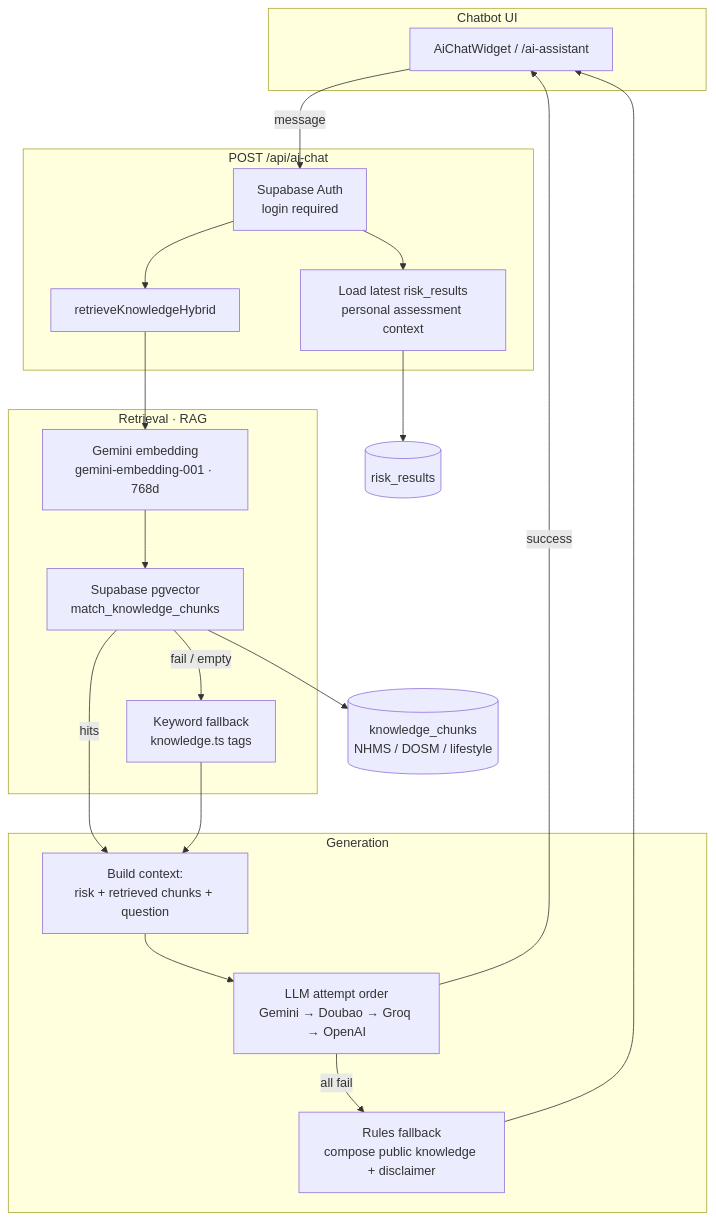
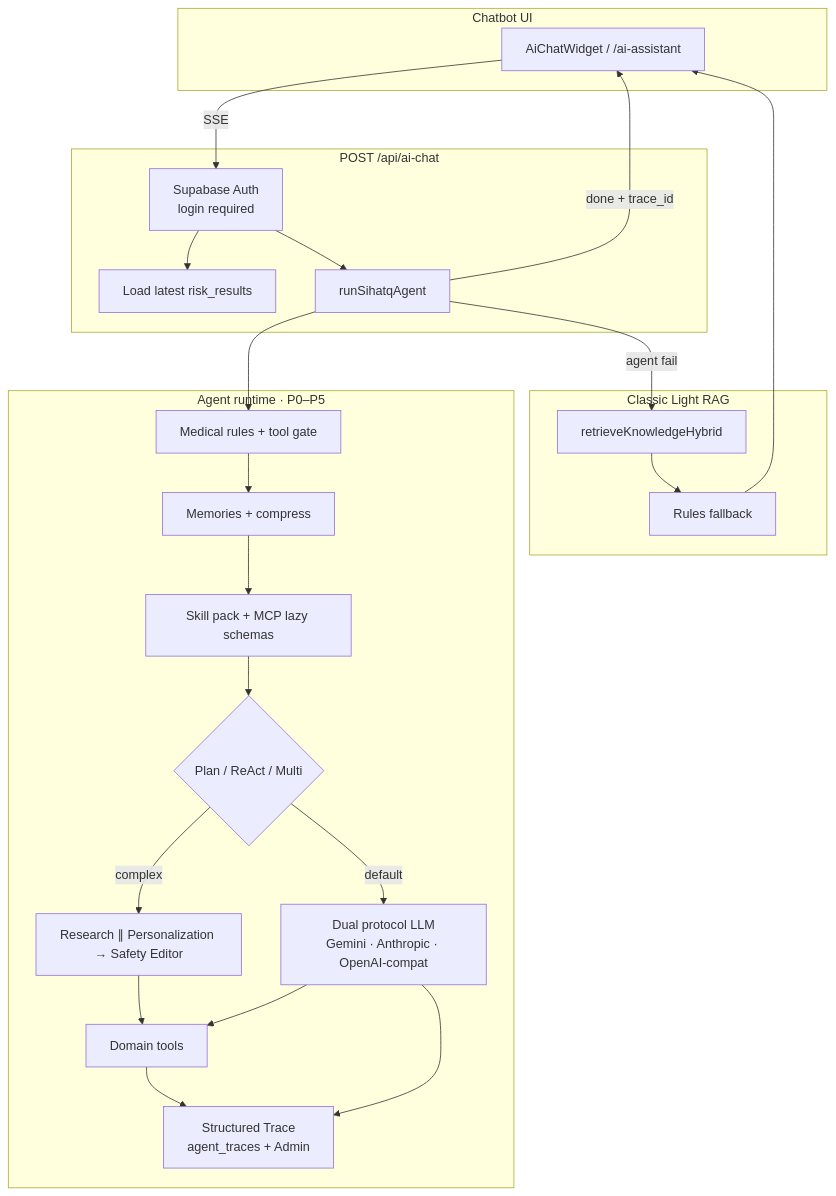
Before and after one commit to jxia0077-boop/sihatq-prototype: the fourth of 7 diagrams in web/README.md, drawn with Mermaid. The commit also changed other lines of this file and 78 other files, not shown here.

````diff
--- a/web/README.md
+++ b/web/README.md
@@ -312,42 +314,46 @@
 ```mermaid
 flowchart TB
   subgraph UI["Chatbot UI"]
     Fab["AiChatWidget / /ai-assistant"]
   end
 
   subgraph API["POST /api/ai-chat"]
     Auth["Supabase Auth<br/>login required"]
-    Risk["Load latest risk_results<br/>personal assessment context"]
-    Hybrid["retrieveKnowledgeHybrid"]
+    Risk["Load latest risk_results"]
+    Runtime["runSihatqAgent"]
   end
 
-  subgraph Retrieve["Retrieval · RAG"]
-    Emb["Gemini embedding<br/>gemini-embedding-001 · 768d"]
-    PG["Supabase pgvector<br/>match_knowledge_chunks"]
-    KW["Keyword fallback<br/>knowledge.ts tags"]
+  subgraph Agent["Agent runtime · P0–P5"]
+    Safety["Medical rules + tool gate"]
+    Mem["Memories + compress"]
+    Skill["Skill pack + MCP lazy schemas"]
+    Mode{"Plan / ReAct / Multi"}
+    Workers["Research ∥ Personalization → Safety Editor"]
+    Tools["Domain tools"]
+    LLM["Dual protocol LLM<br/>Gemini · Anthropic · OpenAI-compat"]
+    Trace["Structured Trace<br/>agent_traces + Admin"]
   end
 
-  subgraph Gen["Generation"]
-    Prompt["Build context:<br/>risk + retrieved chunks + question"]
-    LLM["LLM attempt order<br/>Gemini → Doubao → Groq → OpenAI"]
-    Rules["Rules fallback<br/>compose public knowledge + disclaimer"]
+  subgraph Fallback["Classic Light RAG"]
+    Hybrid["retrieveKnowledgeHybrid"]
+    Rules["Rules fallback"]
   end
 
-  DB[(knowledge_chunks<br/>NHMS / DOSM / lifestyle)]
-  Results[(risk_results)]
-
-  Fab -->|message| Auth
+  Fab -->|SSE| Auth
   Auth --> Risk
-  Risk --> Results
-  Auth --> Hybrid
-  Hybrid --> Emb
-  Emb --> PG
-  PG --> DB
-  PG -->|hits| Prompt
-  PG -->|fail / empty| KW
-  KW --> Prompt
-  Prompt --> LLM
-  LLM -->|success| Fab
-  LLM -->|all fail| Rules
+  Auth --> Runtime
+  Runtime --> Safety
+  Safety --> Mem
+  Mem --> Skill
+  Skill --> Mode
+  Mode -->|complex| Workers
+  Mode -->|default| LLM
+  Workers --> Tools
+  LLM --> Tools
+  Tools --> Trace
+  LLM --> Trace
+  Runtime -->|done + trace_id| Fab
+  Runtime -->|agent fail| Hybrid
+  Hybrid --> Rules
   Rules --> Fab
 ```
````
